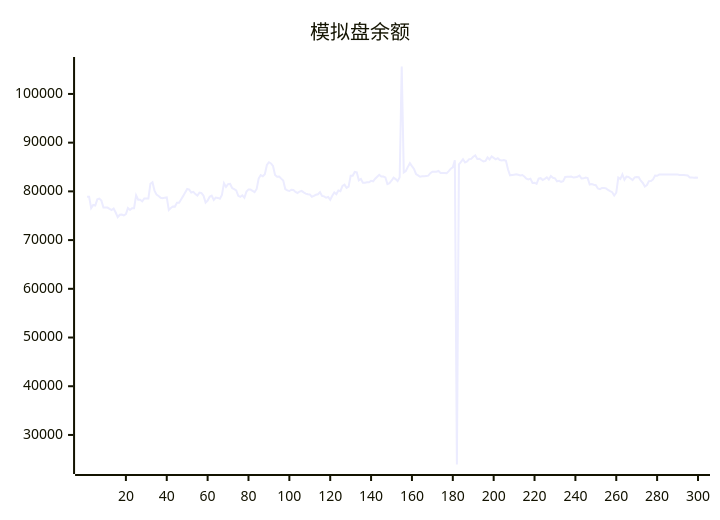
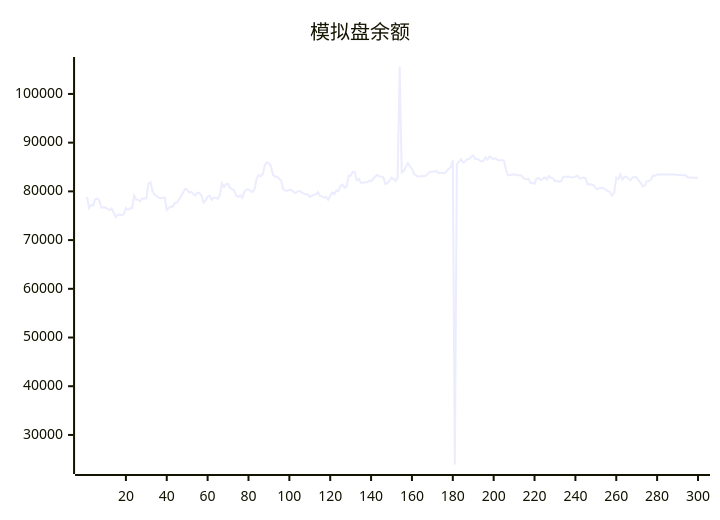
One commit to aahl/ai-trading changed the diagram in README.md. Above: the diagram before and after it, drawn with Mermaid. The commit also changed other lines of this file and 1 other file, not shown here.

````diff
--- a/README.md
+++ b/README.md
@@ -5,5 +5,5 @@
 ```mermaid
 xychart
     title "模拟盘余额"
-    line [78878,78878,76554,77202,77103,78357,78510,78106,76678,76677,76672,76411,76159,76485,75656,74695,75197,75246,75052,75334,76564,76179,76553,76551,79196,78300,78300,77944,78531,78531,78521,81564,81884,80160,79335,79055,78675,78580,78708,78764,76179,76586,76902,76876,77658,77669,78346,79023,79769,80497,80366,79761,79896,79448,79126,79749,79658,79097,77695,78114,78888,79126,78249,78738,78653,78478,79271,81680,80923,81488,81527,80681,80455,80190,79084,78879,79193,78686,79954,80403,80374,80118,79848,80491,82665,83351,83098,83525,85430,85983,85737,85221,83378,83014,83043,82613,82216,80477,80208,80081,80348,80277,79894,79670,79965,80093,79786,79542,79406,79371,78893,79087,79304,79406,79841,79072,78978,78696,78846,78272,79085,79787,79442,80198,80031,81120,81379,80718,80985,83214,83212,83993,83921,82270,82547,81776,81776,81866,81866,82158,82061,82596,83000,83408,83041,83050,82858,81503,81691,82188,82812,82517,82092,82901,105633,83898,84180,85030,85781,85178,84604,83569,83298,83008,83093,83107,83175,83228,83729,84025,84017,84019,84177,83775,83762,83785,83738,84160,84639,84939,86370,23934,85548,86046,86599,85942,86161,86622,86664,87115,87369,86666,86685,86384,86152,86243,86969,86548,87164,86885,86566,86809,86427,86348,86417,86273,84538,83299,83369,83430,83490,83404,83270,83362,83056,82605,82459,82614,81734,81788,81551,82598,82702,82320,82580,82878,82426,83139,82778,82686,82056,82166,81963,82110,82951,82983,82984,83038,82838,82915,82998,83235,82642,82682,82858,82746,81396,81512,81362,81277,80600,80461,80699,80673,80616,80288,80038,79836,79142,79722,82837,82533,83480,82366,83032,82960,82654,82330,82883,82934,82901,82188,81728,81005,81298,82110,82135,82449,83264,83203,83440,83439,83440,83440,83446,83447,83448,83447,83448,83449,83369,83369,83369,83313,83256,82872,82873,82801,82844,82785]
+    line [78878,76554,77202,77103,78357,78510,78106,76678,76677,76672,76411,76159,76485,75656,74695,75197,75246,75052,75334,76564,76179,76553,76551,79196,78300,78300,77944,78531,78531,78521,81564,81884,80160,79335,79055,78675,78580,78708,78764,76179,76586,76902,76876,77658,77669,78346,79023,79769,80497,80366,79761,79896,79448,79126,79749,79658,79097,77695,78114,78888,79126,78249,78738,78653,78478,79271,81680,80923,81488,81527,80681,80455,80190,79084,78879,79193,78686,79954,80403,80374,80118,79848,80491,82665,83351,83098,83525,85430,85983,85737,85221,83378,83014,83043,82613,82216,80477,80208,80081,80348,80277,79894,79670,79965,80093,79786,79542,79406,79371,78893,79087,79304,79406,79841,79072,78978,78696,78846,78272,79085,79787,79442,80198,80031,81120,81379,80718,80985,83214,83212,83993,83921,82270,82547,81776,81776,81866,81866,82158,82061,82596,83000,83408,83041,83050,82858,81503,81691,82188,82812,82517,82092,82901,105633,83898,84180,85030,85781,85178,84604,83569,83298,83008,83093,83107,83175,83228,83729,84025,84017,84019,84177,83775,83762,83785,83738,84160,84639,84939,86370,23934,85548,86046,86599,85942,86161,86622,86664,87115,87369,86666,86685,86384,86152,86243,86969,86548,87164,86885,86566,86809,86427,86348,86417,86273,84538,83299,83369,83430,83490,83404,83270,83362,83056,82605,82459,82614,81734,81788,81551,82598,82702,82320,82580,82878,82426,83139,82778,82686,82056,82166,81963,82110,82951,82983,82984,83038,82838,82915,82998,83235,82642,82682,82858,82746,81396,81512,81362,81277,80600,80461,80699,80673,80616,80288,80038,79836,79142,79722,82837,82533,83480,82366,83032,82960,82654,82330,82883,82934,82901,82188,81728,81005,81298,82110,82135,82449,83264,83203,83440,83439,83440,83440,83446,83447,83448,83447,83448,83449,83369,83369,83369,83313,83256,82872,82873,82801,82844,82785,82791]
 ```
````
